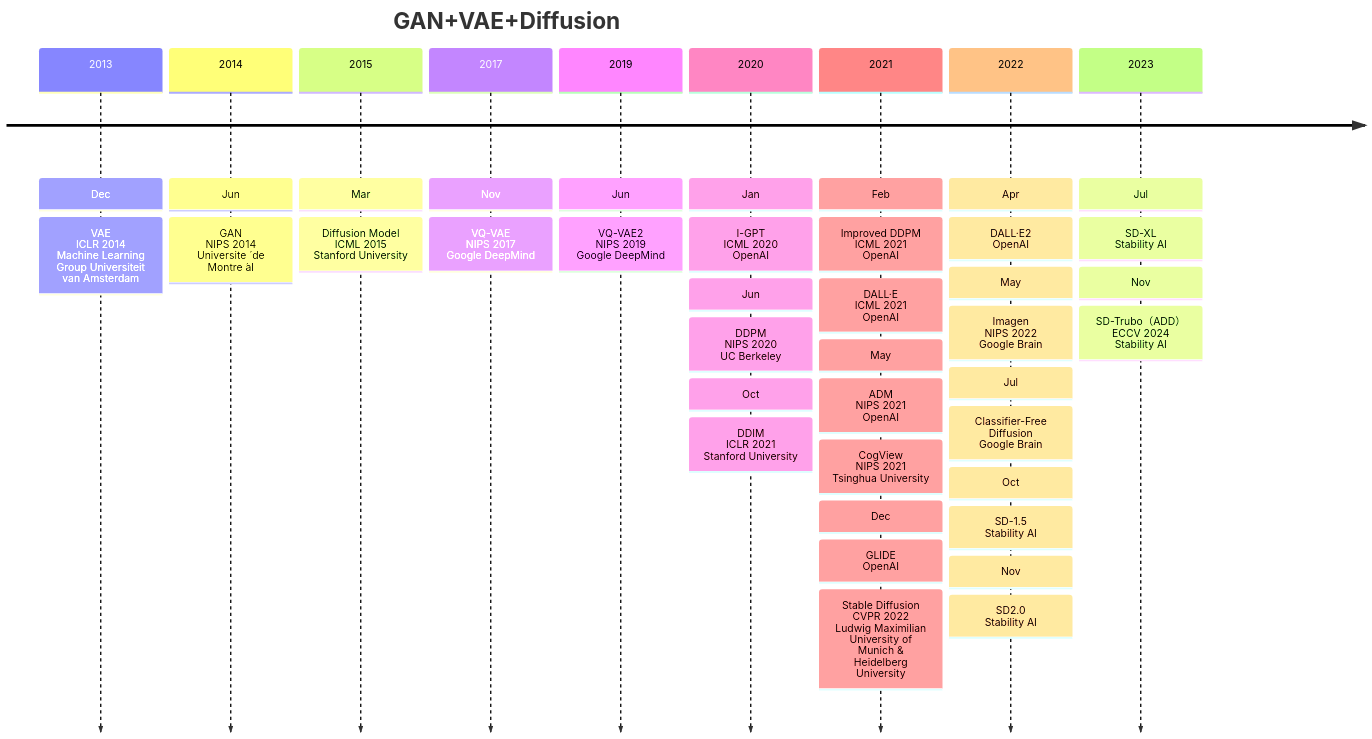
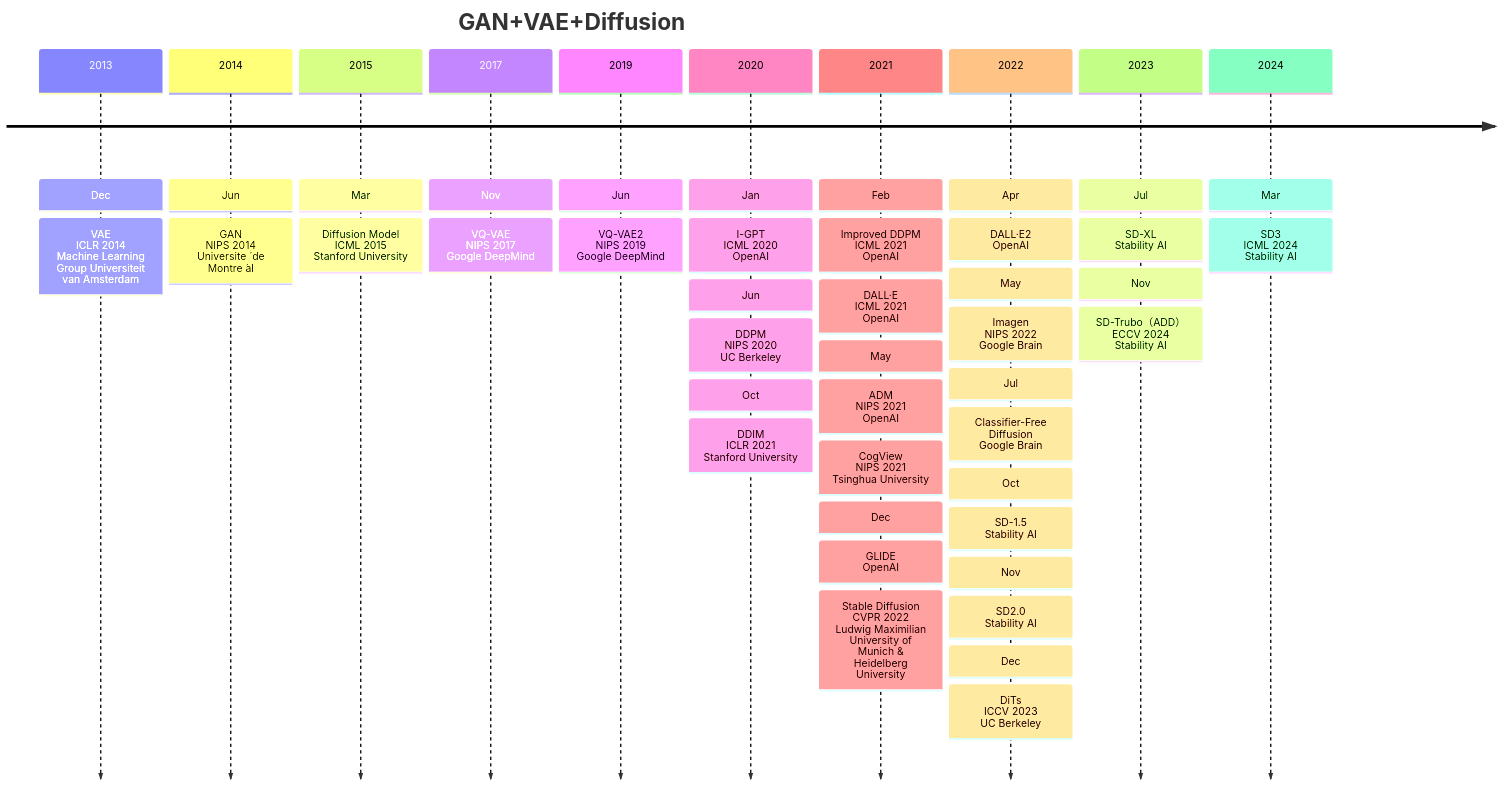
One commit to Elephant-King9/Paper changed the first of 5 diagrams in Base_Model/GAN+VAE+Diffusion/analyse.md. Above: the diagram before and after it, drawn with Mermaid. The commit also changed other lines of this file and 6 other files, not shown here.

Commit message:
update_Scaling Rectified Flow Transformers for High-Resolution Image Synthesis

````diff
--- a/Base_Model/GAN+VAE+Diffusion/analyse.md
+++ b/Base_Model/GAN+VAE+Diffusion/analyse.md
@@ -5,44 +5,48 @@
 ```mermaid
 timeline
     title GAN+VAE+Diffusion
     2013 : Dec
     		 : VAE<br>ICLR 2014<br>Machine Learning Group Universiteit van Amsterdam
 
     2014 : Jun
     		 : GAN<br>NIPS 2014<br>Universite ́ de Montre ́al
     2015 : Mar
          : Diffusion Model<br>ICML 2015<br>Stanford University
     2017 : Nov
     		 : VQ-VAE<br>NIPS 2017<br>Google DeepMind
     2019 : Jun
     		 : VQ-VAE2<br>NIPS 2019<br>Google DeepMind
     2020 : Jan
     		 : I-GPT<br>ICML 2020<br>OpenAI
     		 : Jun
     		 : DDPM<br>NIPS 2020<br>UC Berkeley
     		 : Oct
     		 : DDIM<br>ICLR 2021<br>Stanford University
     2021 : Feb
     		 : Improved DDPM<br>ICML 2021<br>OpenAI
     		 : DALL·E<br>ICML 2021<br>OpenAI
     		 : May
     		 : ADM<br>NIPS 2021<br>OpenAI
     		 : CogView<br>NIPS 2021<br>Tsinghua University
     		 : Dec
     		 : GLIDE<br>OpenAI
     		 : Stable Diffusion<br>CVPR 2022<br>Ludwig Maximilian University of Munich & Heidelberg University
     2022 : Apr
     		 : DALL·E2<br>OpenAI
     		 : May
     		 : Imagen<br>NIPS 2022<br>Google Brain
     		 : Jul
     		 : Classifier-Free Diffusion<br>Google Brain
     		 : Oct
     		 : SD-1.5<br>Stability AI
     		 : Nov
     		 : SD2.0<br>Stability AI
+    		 : Dec
+    		 : DiTs<br>ICCV 2023<br>UC Berkeley
     2023 : Jul
     		 : SD-XL<br>Stability AI
     		 : Nov
     		 : SD-Trubo（ADD）<br>ECCV 2024<br>Stability AI
+    2024 : Mar
+    		 : SD3<br>ICML 2024<br>Stability AI
 ```
````
